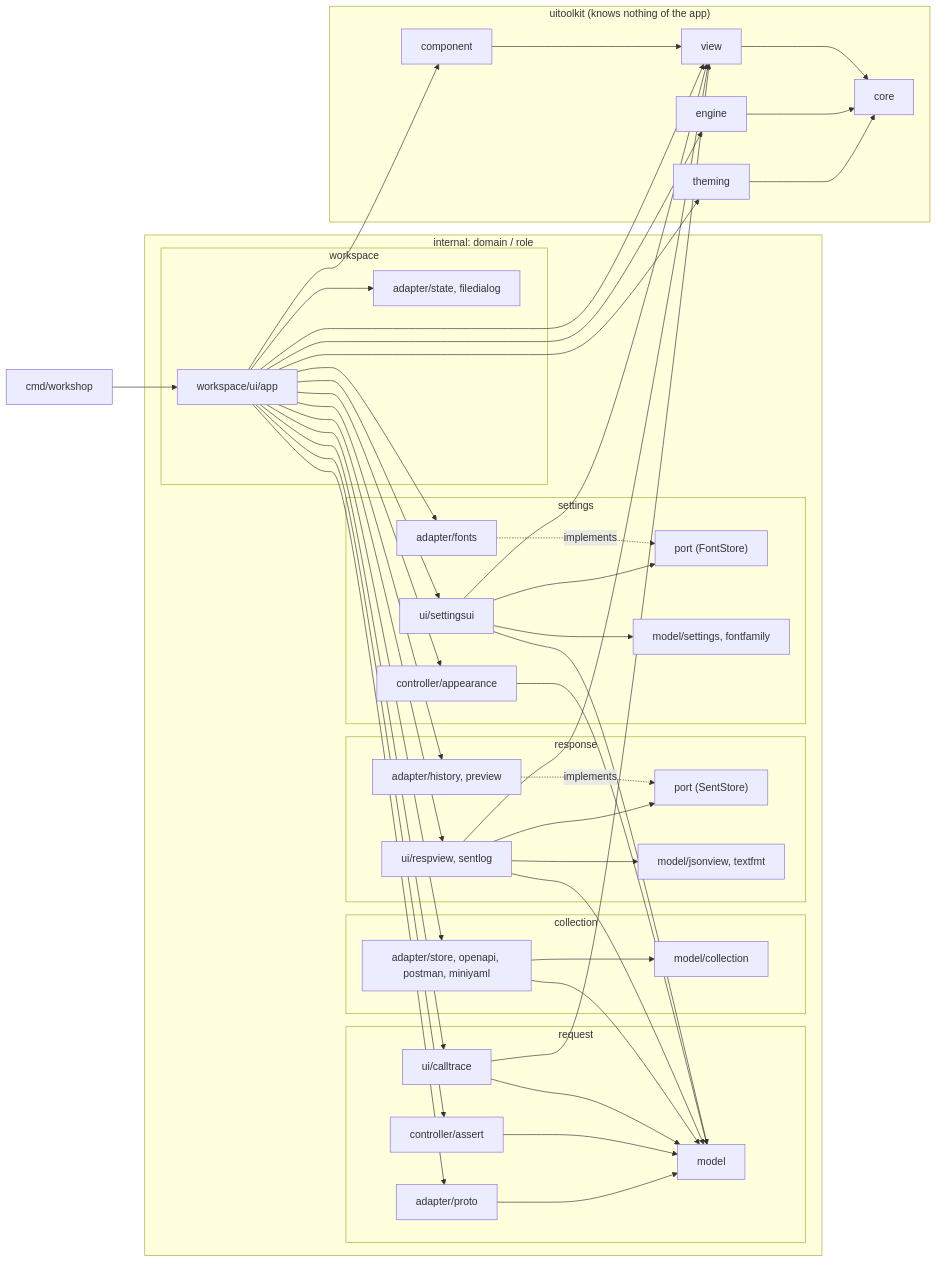
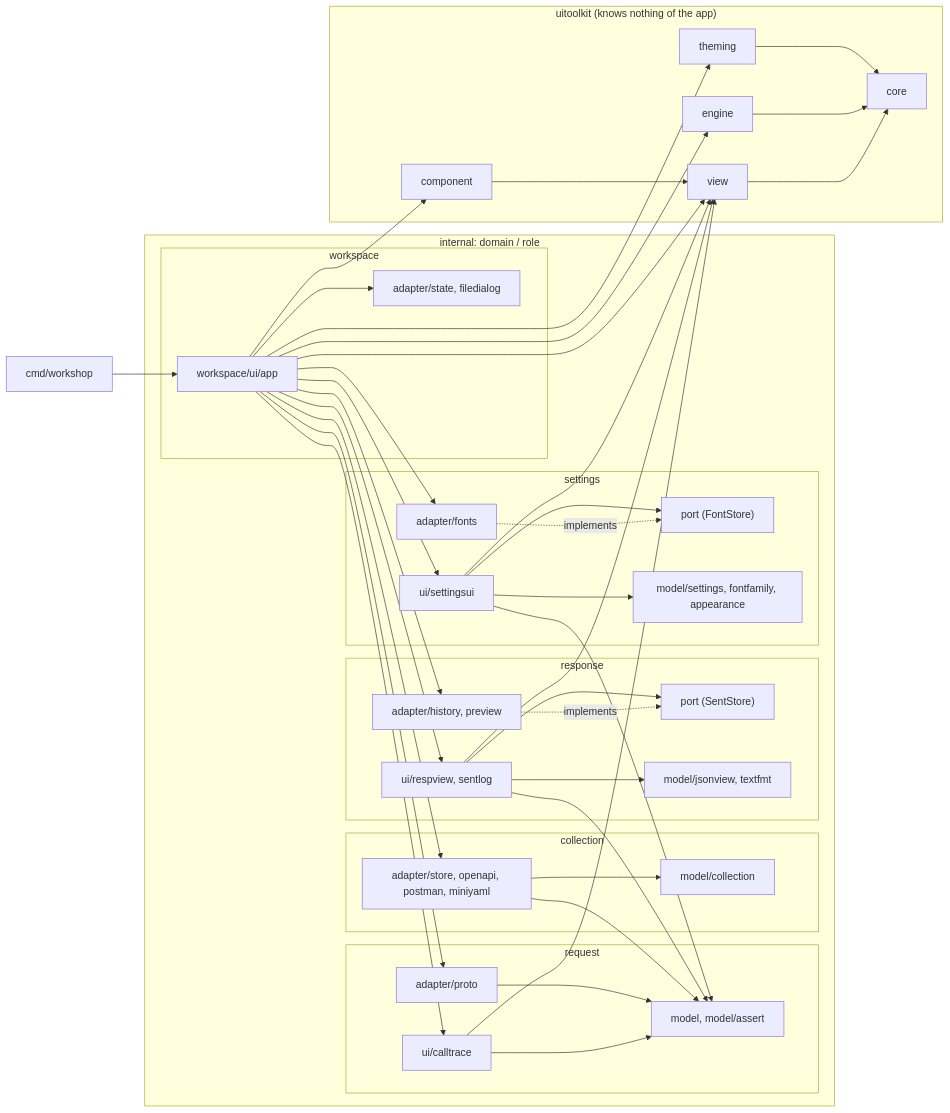
Before and after one commit to gascoigne-ai/gascoigne-workshop: the diagram in .harness/architecture.md, drawn with Mermaid. The commit also changed other lines of this file and 21 other files, not shown here.

First line of the commit message:
refactor: assert and appearance move to model packages

````diff
--- a/.harness/architecture.md
+++ b/.harness/architecture.md
@@ -5,50 +5,48 @@
 ```mermaid
 flowchart LR
   cmd["cmd/workshop"] --> app["workspace/ui/app"]
   subgraph domains["internal: domain / role"]
     subgraph request
       rui["ui/calltrace"]
-      rctl["controller/assert"]
       rad["adapter/proto"]
-      rmod["model"]
+      rmod["model, model/assert"]
     end
     subgraph collection
       cad["adapter/store, openapi, postman, miniyaml"]
       cmod["model/collection"]
     end
     subgraph response
       sui["ui/respview, sentlog"]
       sport["port (SentStore)"]
       sad["adapter/history, preview"]
       smod["model/jsonview, textfmt"]
     end
     subgraph settings
       tui["ui/settingsui"]
-      tctl["controller/appearance"]
       tport["port (FontStore)"]
       tad["adapter/fonts"]
-      tmod["model/settings, fontfamily"]
+      tmod["model/settings, fontfamily, appearance"]
     end
     subgraph workspace
       app
       wad["adapter/state, filedialog"]
     end
   end
-  app --> rui & rctl & rad & cad & sui & sad & tui & tctl & tad & wad
-  rui & rctl & rad & cad & sui & tui & tctl --> rmod
+  app --> rui & rad & cad & sui & sad & tui & tad & wad
+  rui & rad & cad & sui & tui --> rmod
   sad -. implements .-> sport
   sui --> sport
   tad -. implements .-> tport
   tui --> tport
   tui --> tmod
   cad --> cmod
   sui --> smod
   subgraph toolkit["uitoolkit (knows nothing of the app)"]
     component["component"] --> view["view"]
     view --> core["core"]
     engine["engine"] --> core
     theming["theming"] --> core
   end
   app --> component & view & engine & theming
   rui & sui & tui --> view
 ```
````
